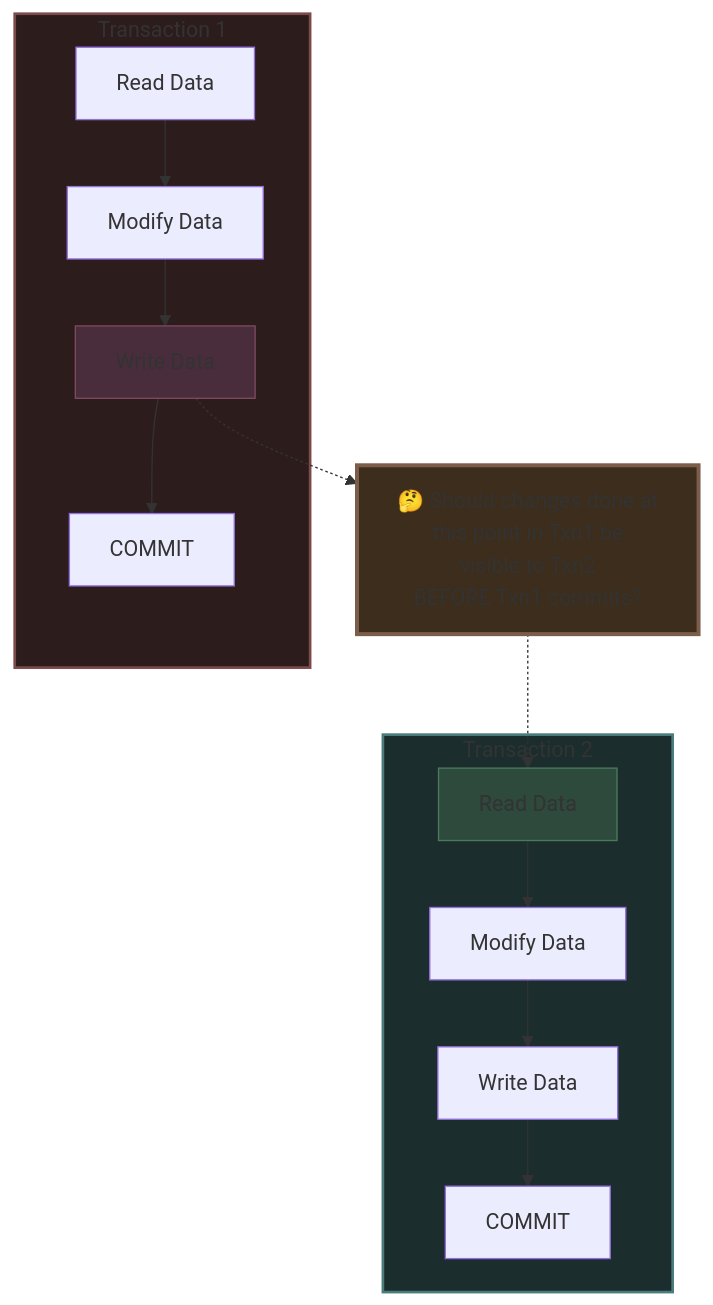
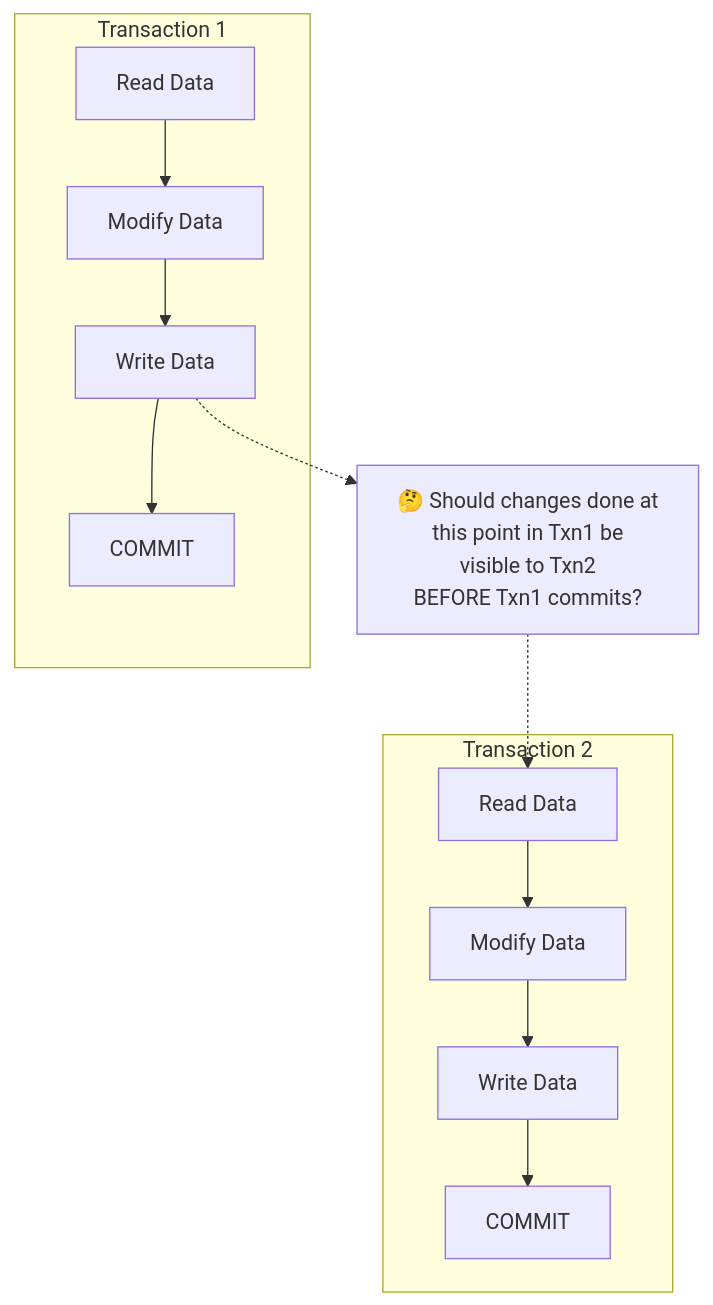
The fifth of 9 diagrams in system design beginner/55. Relational Databases.md (Yash-Kavaiya/The-System-Design-Masterclass), drawn with Mermaid before and after one commit. The commit also changed other lines of this file, not shown here.

````diff
--- a/system design beginner/55. Relational Databases.md
+++ b/system design beginner/55. Relational Databases.md
@@ -201,35 +182,30 @@
 ```mermaid
 graph TB
     subgraph TXN1[Transaction 1]
         T1_OP1[Read Data]
         T1_OP2[Modify Data]
         T1_OP3[Write Data]
         T1_COMMIT[COMMIT]
         
         T1_OP1 --> T1_OP2
         T1_OP2 --> T1_OP3
         T1_OP3 --> T1_COMMIT
     end
     
     subgraph TXN2[Transaction 2]
         T2_OP1[Read Data]
         T2_OP2[Modify Data]
         T2_OP3[Write Data]
         T2_COMMIT[COMMIT]
         
         T2_OP1 --> T2_OP2
         T2_OP2 --> T2_OP3
         T2_OP3 --> T2_COMMIT
     end
     
     QUESTION["🤔 Should changes done at<br/>this point in Txn1 be<br/>visible to Txn2<br/>BEFORE Txn1 commits?"]
     
     T1_OP3 -.-> QUESTION
     QUESTION -.-> T2_OP1
     
-    style TXN1 fill:#2d1c1c,stroke:#7c4a4a,stroke-width:2px
-    style TXN2 fill:#1c2d2d,stroke:#4a7c7c,stroke-width:2px
-    style QUESTION fill:#3d2d1c,stroke:#7c5d4a,stroke-width:3px
-    style T1_OP3 fill:#4a2d3c,stroke:#7c4a5c
-    style T2_OP1 fill:#2d4a3c,stroke:#4a7c5c
 ```
````
